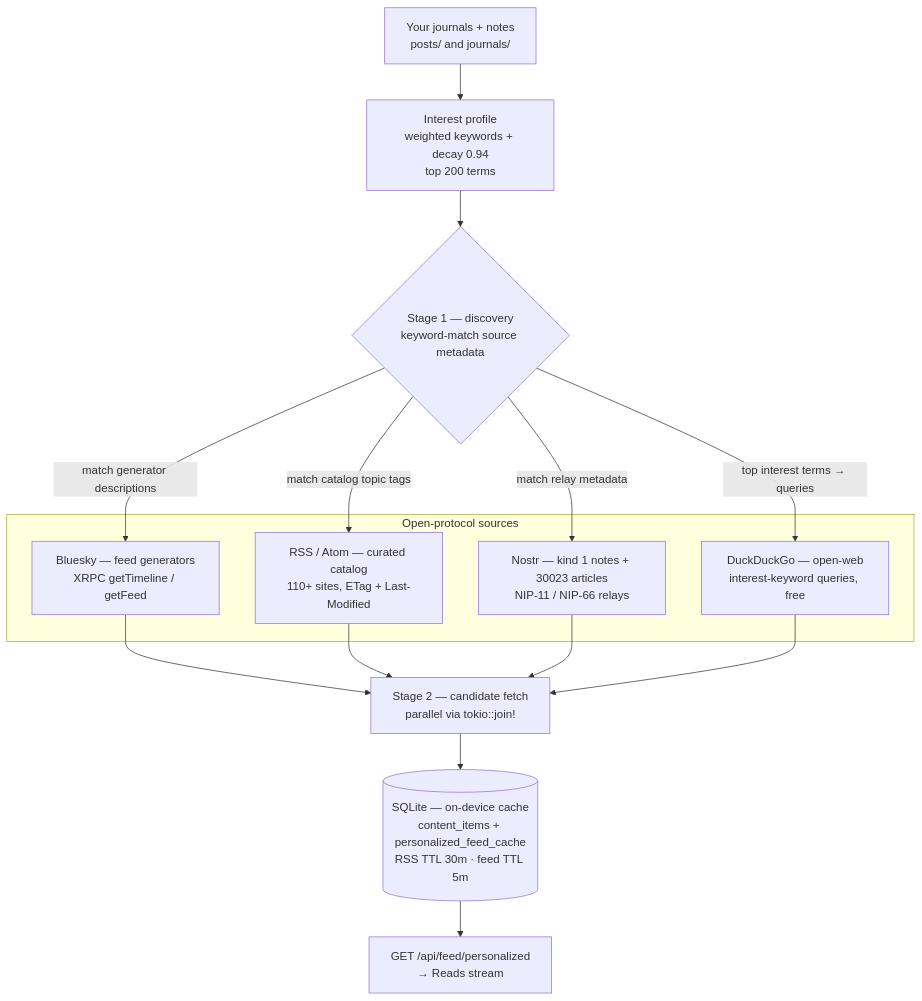
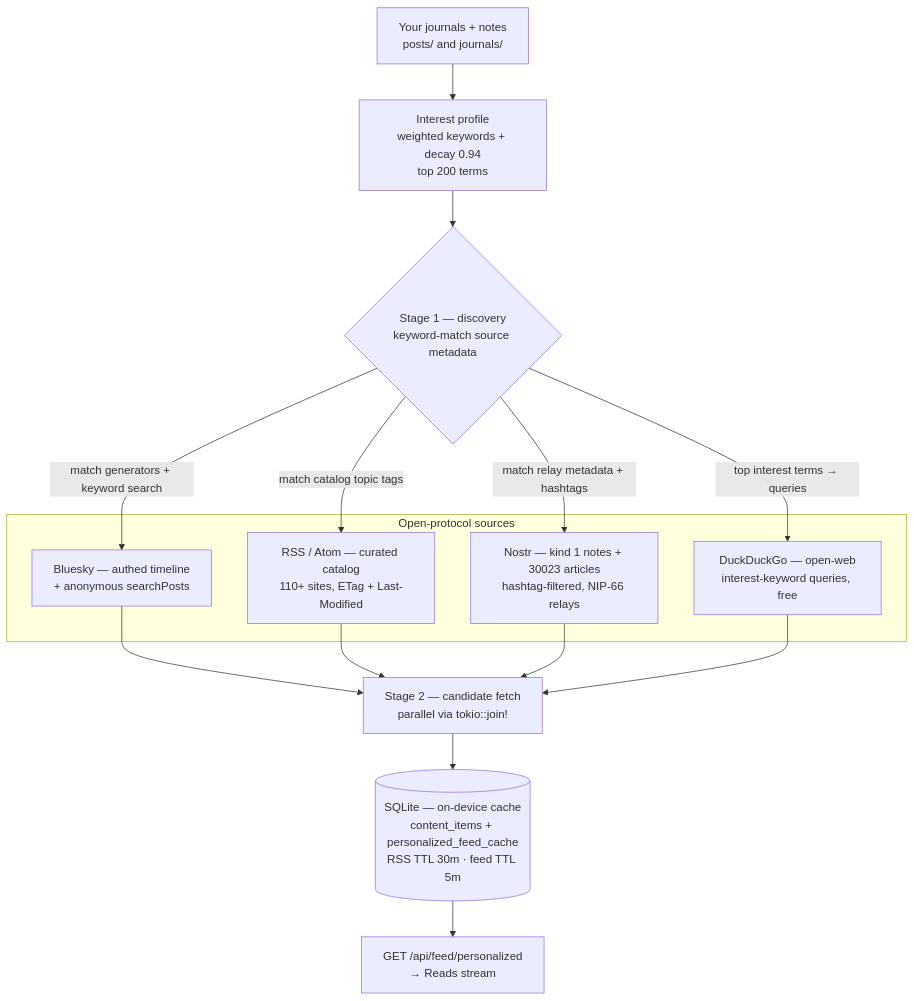
The first of 3 diagrams in README.md (zanynik/slowclaw.social), drawn with Mermaid before and after one commit. The commit also changed other lines of this file, not shown here.

Commit message:
docs(readme): one pipeline — all sources backend, WoT post-filter client-side
Update the feed-sourcing diagram and scope note to reflect the completed
one-pipeline consolidation: ALL content (RSS, HN, YouTube, Nostr notes +
articles, Bluesky search, DuckDuckGo) flows through one backend cache to
Rust ranker pipeline. The frontend applies a WoT post-filter on social
items and the journal-topic ranker + AI re-rank on top. No frontend-direct
fetching remains.

````diff
--- a/README.md
+++ b/README.md
@@ -29,25 +29,25 @@
 ```mermaid
 flowchart TB
     J["Your journals + notes<br/>posts/ and journals/"] --> IP["Interest profile<br/>weighted keywords + decay 0.94<br/>top 200 terms"]
     IP --> S1{"Stage 1 — discovery<br/>keyword-match source metadata"}
 
     subgraph SRC["Open-protocol sources"]
-        BS["Bluesky — feed generators<br/>XRPC getTimeline / getFeed"]
+        BS["Bluesky — authed timeline<br/>+ anonymous searchPosts"]
         RSS["RSS / Atom — curated catalog<br/>110+ sites, ETag + Last-Modified"]
-        NOS["Nostr — kind 1 notes + 30023 articles<br/>NIP-11 / NIP-66 relays"]
+        NOS["Nostr — kind 1 notes + 30023 articles<br/>hashtag-filtered, NIP-66 relays"]
         DDG["DuckDuckGo — open-web<br/>interest-keyword queries, free"]
     end
 
-    S1 -->|"match generator descriptions"| BS
+    S1 -->|"match generators + keyword search"| BS
     S1 -->|"match catalog topic tags"| RSS
-    S1 -->|"match relay metadata"| NOS
+    S1 -->|"match relay metadata + hashtags"| NOS
     S1 -->|"top interest terms → queries"| DDG
 
     BS --> S2["Stage 2 — candidate fetch<br/>parallel via tokio::join!"]
     RSS --> S2
     NOS --> S2
     DDG --> S2
 
     S2 --> CACHE[("SQLite — on-device cache<br/>content_items + personalized_feed_cache<br/>RSS TTL 30m · feed TTL 5m")]
     CACHE --> SERVE["GET /api/feed/personalized<br/>→ Reads stream"]
 ```
````
